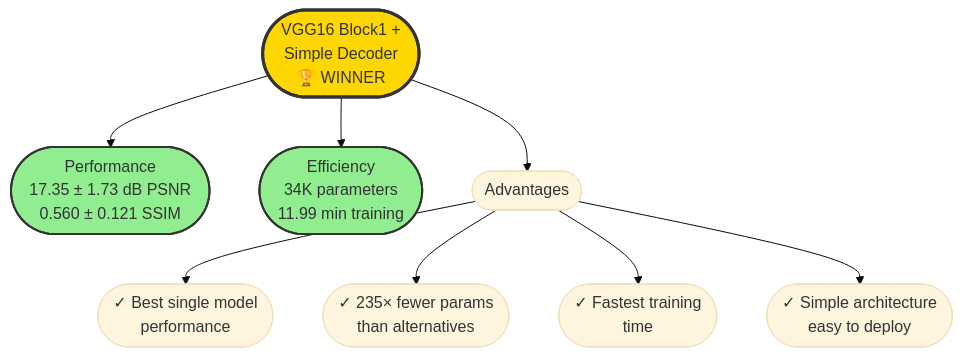
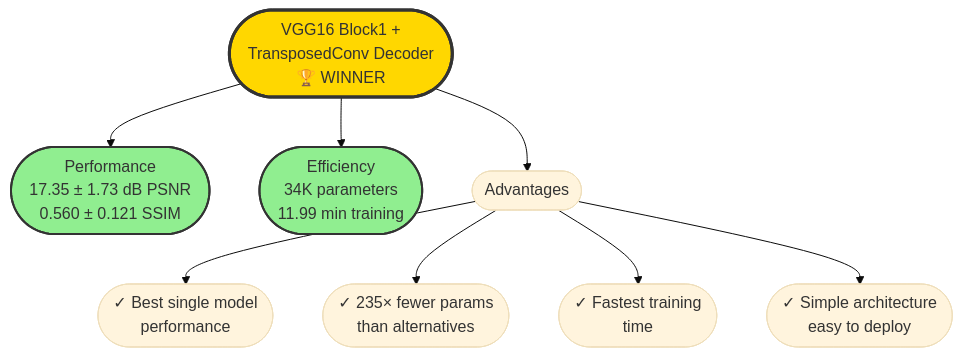
Diagram 12 of 13 in EXPERIMENTAL_RESULTS_DISCUSSION.md (DanicaBlazanovic/CAP6415_F25_project_Input_Image_Reconstruction_from_Features), drawn with Mermaid (base theme) before and after one commit. The commit also changed other lines of this file, not shown here.

````diff
--- a/EXPERIMENTAL_RESULTS_DISCUSSION.md
+++ b/EXPERIMENTAL_RESULTS_DISCUSSION.md
@@ -251,17 +801,17 @@
 ```mermaid
 graph TB
-    Root([VGG16 Block1 +<br/>Simple Decoder<br/>🏆 WINNER])
+    Root([VGG16 Block1 +<br/>TransposedConv Decoder<br/>🏆 WINNER])
     
     Root --> A([Performance<br/>17.35 ± 1.73 dB PSNR<br/>0.560 ± 0.121 SSIM])
     Root --> B([Efficiency<br/>34K parameters<br/>11.99 min training])
     Root --> C([Advantages])
     
     C --> C1([✓ Best single model<br/>performance])
     C --> C2([✓ 235× fewer params<br/>than alternatives])
     C --> C3([✓ Fastest training<br/>time])
     C --> C4([✓ Simple architecture<br/>easy to deploy])
     
     style Root fill:#FFD700,stroke:#333,stroke-width:3px
     style A fill:#90EE90,stroke:#333,stroke-width:2px
     style B fill:#90EE90,stroke:#333,stroke-width:2px
 ```
````
